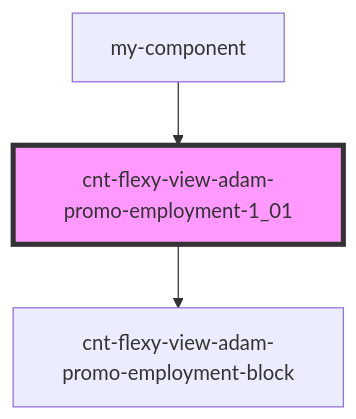
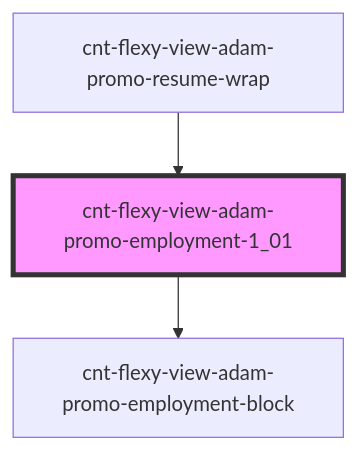
The diagram in src/components/cnt-flexy-view-adam-promo-resume-wrapper/res/view/cnt-flexy-view-adam-promo-resume-wrap/res/view/cnt-flexy-view-adam-promo-employment/readme.md (almalib/s-promo), drawn with Mermaid before and after one commit. The commit also changed other lines of this file and 134 other files, not shown here.

````diff
--- a/src/components/cnt-flexy-view-adam-promo-resume-wrapper/res/view/cnt-flexy-view-adam-promo-resume-wrap/res/view/cnt-flexy-view-adam-promo-employment/readme.md
+++ b/src/components/cnt-flexy-view-adam-promo-resume-wrapper/res/view/cnt-flexy-view-adam-promo-resume-wrap/res/view/cnt-flexy-view-adam-promo-employment/readme.md
@@ -26,6 +26,6 @@
 ```mermaid
 graph TD;
   cnt-flexy-view-adam-promo-employment-1_01 --> cnt-flexy-view-adam-promo-employment-block
-  my-component --> cnt-flexy-view-adam-promo-employment-1_01
+  cnt-flexy-view-adam-promo-resume-wrap --> cnt-flexy-view-adam-promo-employment-1_01
   style cnt-flexy-view-adam-promo-employment-1_01 fill:#f9f,stroke:#333,stroke-width:4px
 ```
````
